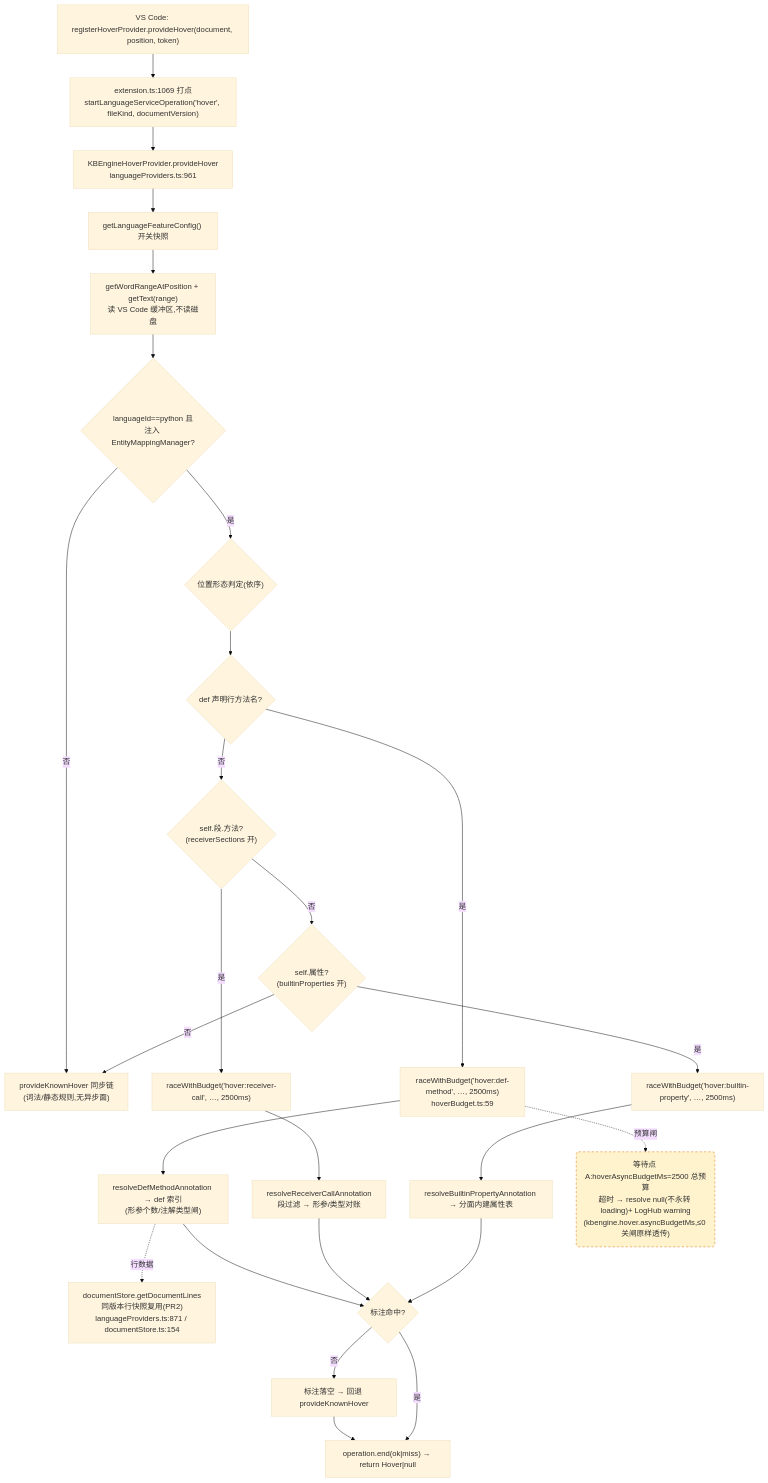
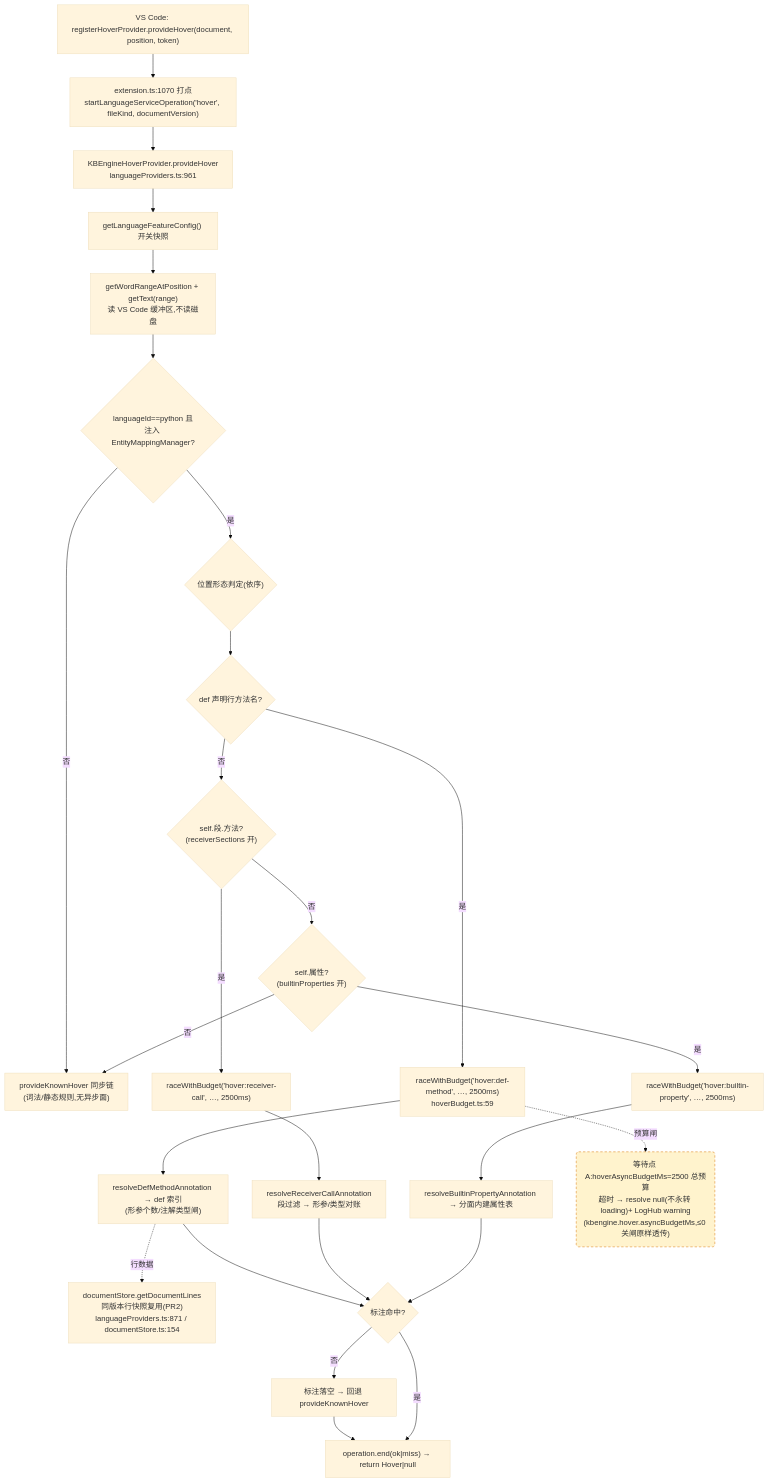
Before and after one commit to cuihairu/kode: the first of 4 diagrams in docs/perf/2026-baseline.md, drawn with Mermaid (base theme). The commit also changed other lines of this file and 2 other files, not shown here.

Commit message:
docs(live): commands.md section for exception source jump; reconcile perf baseline and call-chain anchors after extension.ts import shift (IDE-LIV-007)

````diff
--- a/docs/perf/2026-baseline.md
+++ b/docs/perf/2026-baseline.md
@@ -82,45 +82,45 @@
 ```mermaid
 flowchart TD
   VC1["VS Code: registerHoverProvider.provideHover(document, position, token)"]
-  M1["extension.ts:1069 打点<br/>startLanguageServiceOperation('hover', fileKind, documentVersion)"]
+  M1["extension.ts:1070 打点<br/>startLanguageServiceOperation('hover', fileKind, documentVersion)"]
   HP["KBEngineHoverProvider.provideHover<br/>languageProviders.ts:961"]
   CFG["getLanguageFeatureConfig() 开关快照"]
   WORD["getWordRangeAtPosition + getText(range)<br/>读 VS Code 缓冲区,不读磁盘"]
   BR{"languageId==python 且<br/>注入 EntityMappingManager?"}
   KN["provideKnownHover 同步链<br/>(词法/静态规则,无异步面)"]
   POS{"位置形态判定(依序)"}
   D1{"def 声明行方法名?"}
   D2{"self.段.方法?<br/>(receiverSections 开)"}
   D3{"self.属性?<br/>(builtinProperties 开)"}
   RA1["raceWithBudget('hover:def-method', …, 2500ms)<br/>hoverBudget.ts:59"]
   RA2["raceWithBudget('hover:receiver-call', …, 2500ms)"]
   RA3["raceWithBudget('hover:builtin-property', …, 2500ms)"]
   RS1["resolveDefMethodAnnotation → def 索引<br/>(形参个数/注解类型闸)"]
   RS2["resolveReceiverCallAnnotation<br/>段过滤 → 形参/类型对账"]
   RS3["resolveBuiltinPropertyAnnotation → 分面内建属性表"]
   LINES["documentStore.getDocumentLines<br/>同版本行快照复用(PR2)<br/>languageProviders.ts:871 / documentStore.ts:154"]
   MISS["标注落空 → 回退 provideKnownHover"]
   END1["operation.end(ok|miss) → return Hover|null"]
 
   VC1 --> M1 --> HP --> CFG --> WORD --> BR
   BR -- "否" --> KN
   BR -- "是" --> POS --> D1
   D1 -- "是" --> RA1 --> RS1
   D1 -- "否" --> D2
   D2 -- "是" --> RA2 --> RS2
   D2 -- "否" --> D3
   D3 -- "是" --> RA3 --> RS3
   D3 -- "否" --> KN
   RS1 --> HIT{"标注命中?"}
   RS2 --> HIT
   RS3 --> HIT
   RS1 -.->|行数据| LINES
   HIT -- "否" --> MISS --> END1
   HIT -- "是" --> END1
 
   WAITA("等待点 A:hoverAsyncBudgetMs=2500 总预算<br/>超时 → resolve null(不永转 loading)+ LogHub warning<br/>(kbengine.hover.asyncBudgetMs,≤0 关闸原样透传)")
   RA1 -.->|预算闸| WAITA
 
   classDef waitPoint fill:#fff3cd,stroke:#d97706,stroke-dasharray:5 4;
   class WAITA waitPoint;
 ```
````
